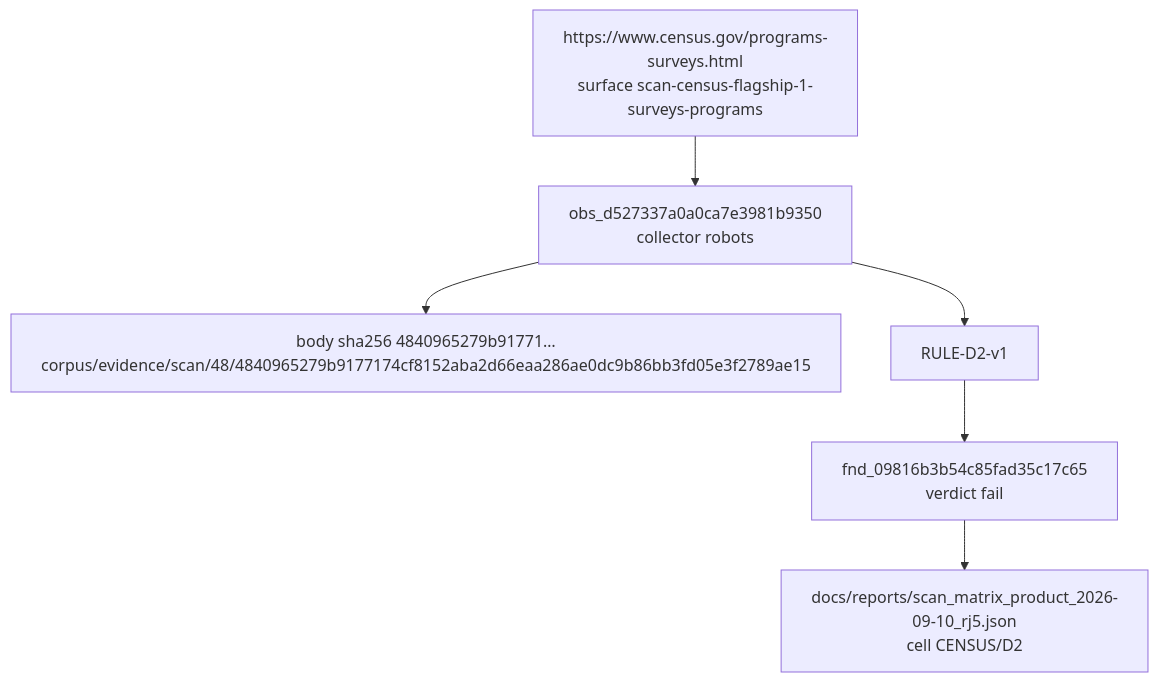
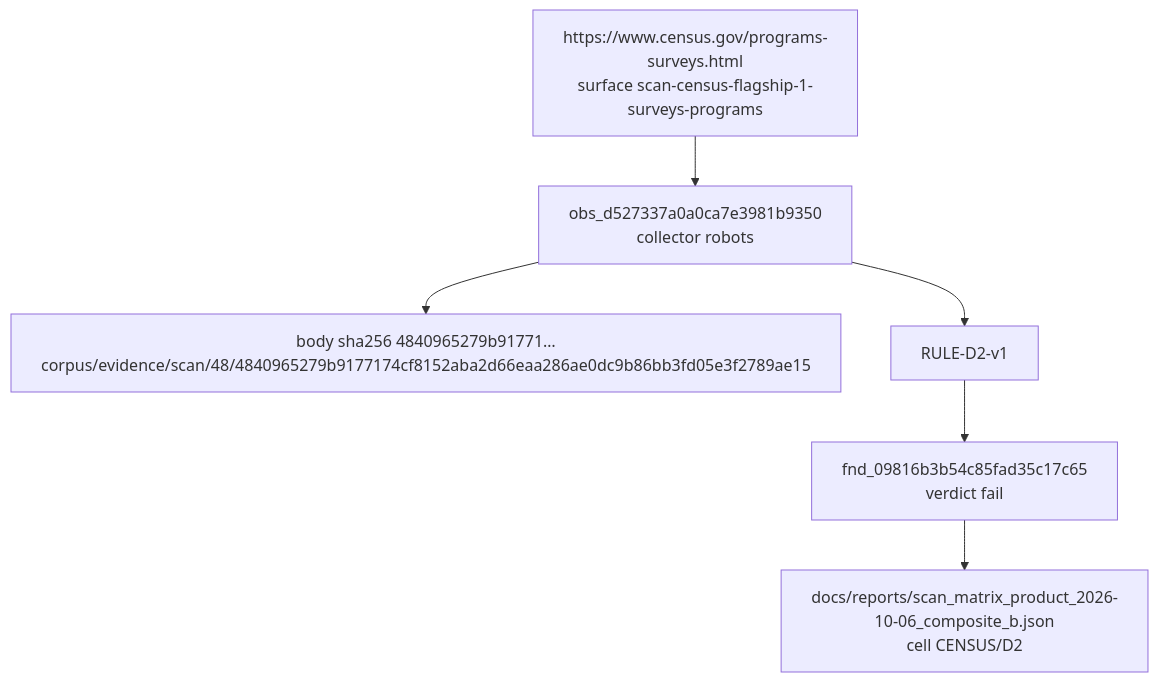
The third of 4 diagrams in docs/brief/E_architecture.md (brockwebb/ai-readiness-kg), drawn with Mermaid before and after one commit. The commit also changed other lines of this file and 663 other files, not shown here.

````diff
--- a/docs/brief/E_architecture.md
+++ b/docs/brief/E_architecture.md
@@ -88,8 +88,8 @@
 ```mermaid
 flowchart TB
   u["https://www.census.gov/programs-surveys.html<br/>surface scan-census-flagship-1-surveys-programs"] --> o["obs_d527337a0a0ca7e3981b9350<br/>collector robots"]
   o --> b["body sha256 4840965279b91771…<br/>corpus/evidence/scan/48/4840965279b9177174cf8152aba2d66eaa286ae0dc9b86bb3fd05e3f2789ae15"]
   o --> r["RULE-D2-v1"]
   r --> f["fnd_09816b3b54c85fad35c17c65<br/>verdict fail"]
-  f --> m["docs/reports/scan_matrix_product_2026-09-10_rj5.json<br/>cell CENSUS/D2"]
+  f --> m["docs/reports/scan_matrix_product_2026-10-06_composite_b.json<br/>cell CENSUS/D2"]
 ```
````
